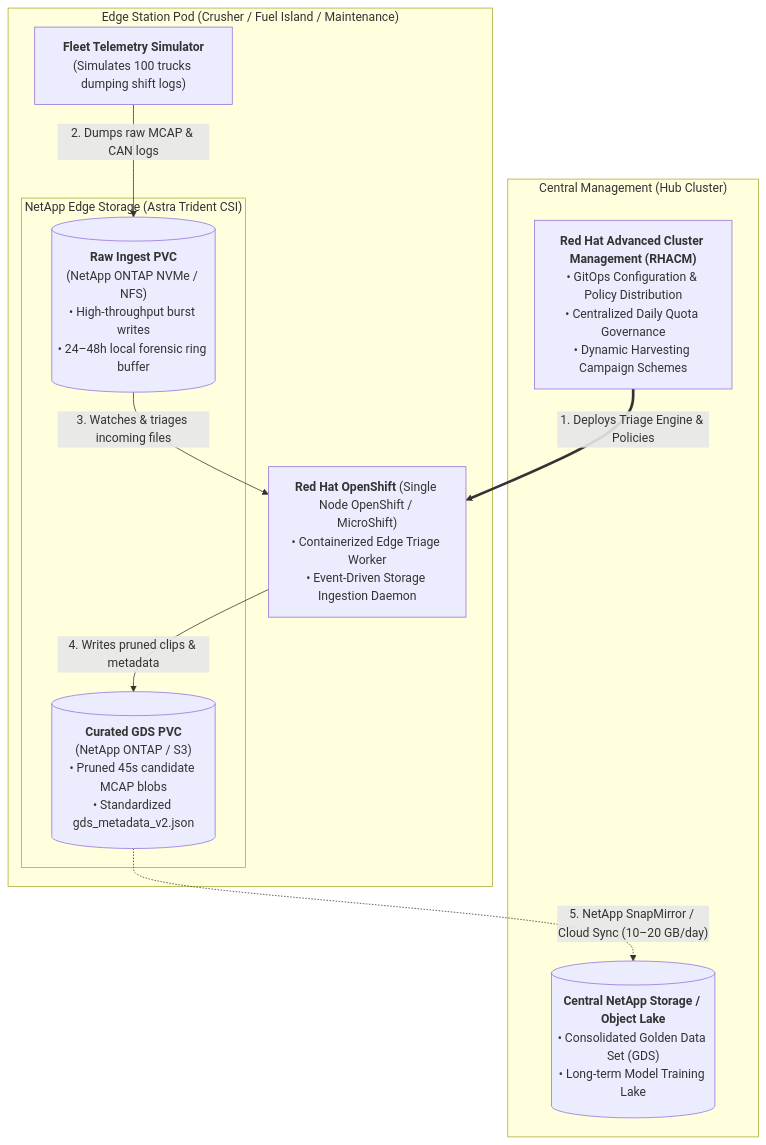
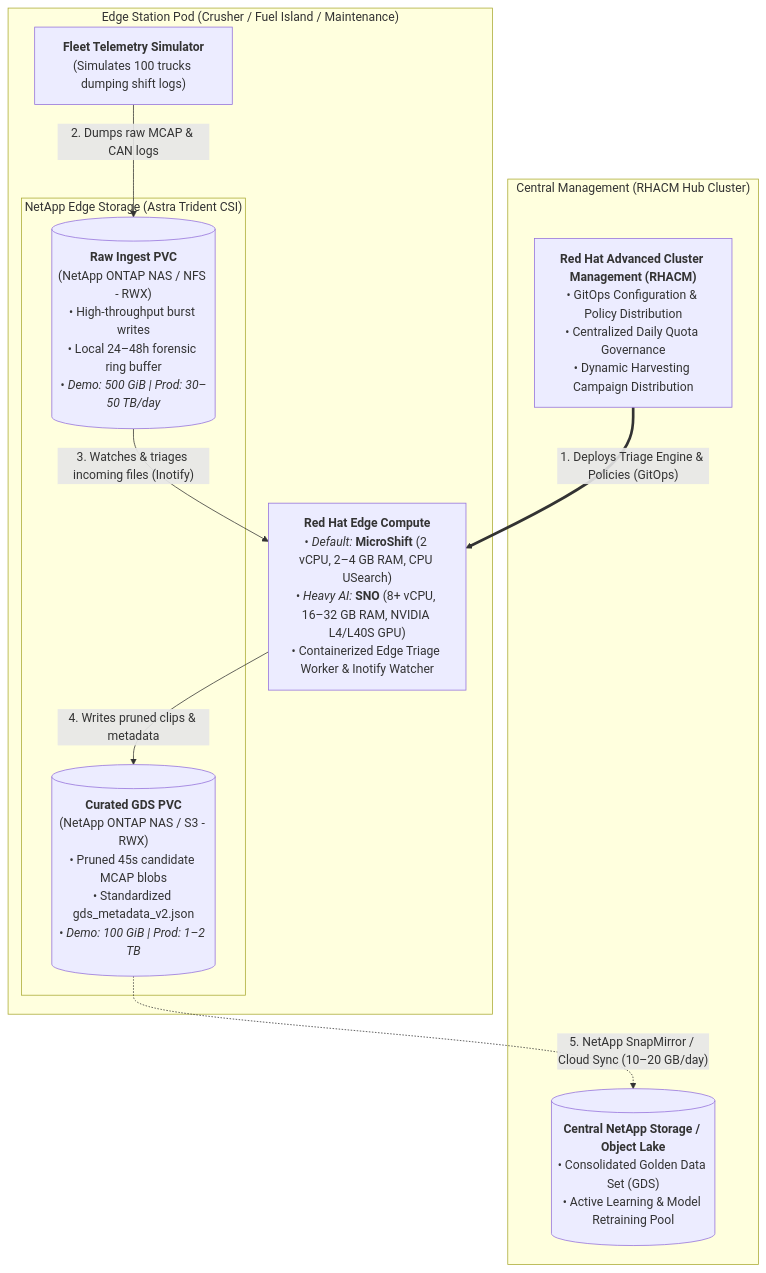
Before and after one commit to johwes/edge-data: the first of 2 diagrams in demo/BLUEPRINT.md, drawn with Mermaid. The commit also changed other lines of this file and 6 other files, not shown here.

````diff
--- a/demo/BLUEPRINT.md
+++ b/demo/BLUEPRINT.md
@@ -29,24 +31,24 @@
 ```mermaid
 flowchart TD
-    subgraph CentralHub ["Central Management (Hub Cluster)"]
-        RHACM["<b>Red Hat Advanced Cluster Management (RHACM)</b><br>• GitOps Configuration & Policy Distribution<br>• Centralized Daily Quota Governance<br>• Dynamic Harvesting Campaign Schemes"]
-        CentralNetApp[("<b>Central NetApp Storage / Object Lake</b><br>• Consolidated Golden Data Set (GDS)<br>• Long-term Model Training Lake")]
+    subgraph CentralHub ["Central Management (RHACM Hub Cluster)"]
+        RHACM["<b>Red Hat Advanced Cluster Management (RHACM)</b><br>• GitOps Configuration & Policy Distribution<br>• Centralized Daily Quota Governance<br>• Dynamic Harvesting Campaign Distribution"]
+        CentralNetApp[("<b>Central NetApp Storage / Object Lake</b><br>• Consolidated Golden Data Set (GDS)<br>• Active Learning & Model Retraining Pool")]
     end
 
     subgraph EdgePod ["Edge Station Pod (Crusher / Fuel Island / Maintenance)"]
-        SNO["<b>Red Hat OpenShift</b> (Single Node OpenShift / MicroShift)<br>• Containerized Edge Triage Worker<br>• Event-Driven Storage Ingestion Daemon"]
+        EdgeK8s["<b>Red Hat Edge Compute</b><br>• <i>Default:</i> <b>MicroShift</b> (2 vCPU, 2–4 GB RAM, CPU USearch)<br>• <i>Heavy AI:</i> <b>SNO</b> (8+ vCPU, 16–32 GB RAM, NVIDIA L4/L40S GPU)<br>• Containerized Edge Triage Worker & Inotify Watcher"]
         
         subgraph NetAppEdge ["NetApp Edge Storage (Astra Trident CSI)"]
-            RawPVC[("<b>Raw Ingest PVC</b><br>(NetApp ONTAP NVMe / NFS)<br>• High-throughput burst writes<br>• 24–48h local forensic ring buffer")]
-            CuratedPVC[("<b>Curated GDS PVC</b><br>(NetApp ONTAP / S3)<br>• Pruned 45s candidate MCAP blobs<br>• Standardized gds_metadata_v2.json")]
+            RawPVC[("<b>Raw Ingest PVC</b><br>(NetApp ONTAP NAS / NFS - RWX)<br>• High-throughput burst writes<br>• Local 24–48h forensic ring buffer<br>• <i>Demo: 500 GiB | Prod: 30–50 TB/day</i>")]
+            CuratedPVC[("<b>Curated GDS PVC</b><br>(NetApp ONTAP NAS / S3 - RWX)<br>• Pruned 45s candidate MCAP blobs<br>• Standardized gds_metadata_v2.json<br>• <i>Demo: 100 GiB | Prod: 1–2 TB</i>")]
         end
         
         TruckSimulator["<b>Fleet Telemetry Simulator</b><br>(Simulates 100 trucks dumping shift logs)"]
     end
 
-    RHACM ==>|"1. Deploys Triage Engine & Policies"| SNO
+    RHACM ==>|"1. Deploys Triage Engine & Policies (GitOps)"| EdgeK8s
     TruckSimulator -->|"2. Dumps raw MCAP & CAN logs"| RawPVC
-    RawPVC -->|"3. Watches & triages incoming files"| SNO
-    SNO -->|"4. Writes pruned clips & metadata"| CuratedPVC
+    RawPVC -->|"3. Watches & triages incoming files (Inotify)"| EdgeK8s
+    EdgeK8s -->|"4. Writes pruned clips & metadata"| CuratedPVC
     CuratedPVC -.->|"5. NetApp SnapMirror / Cloud Sync (10–20 GB/day)"| CentralNetApp
 ```
````
